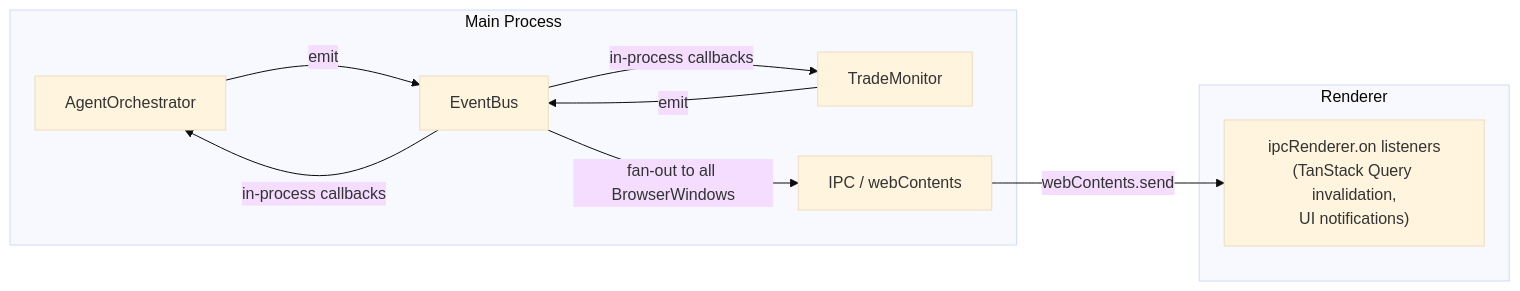
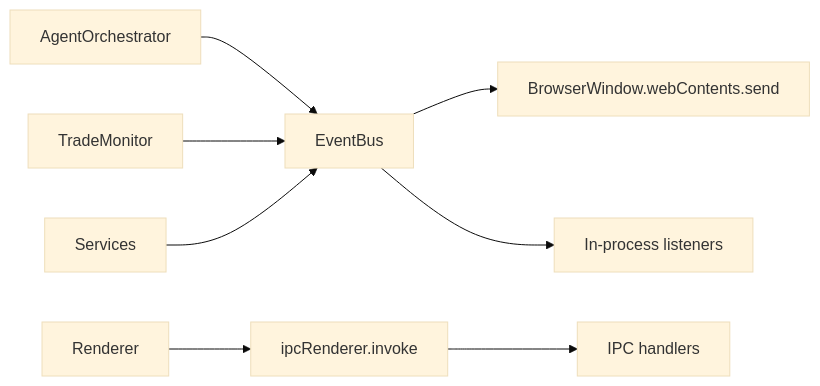
Before and after one commit to KennethAtchon/Exva: diagram 14 of 16 in docs/architecture/ai-runtime.md, drawn with Mermaid (base theme). The commit also changed other lines of this file and 42 other files, not shown here.

````diff
--- a/docs/architecture/ai-runtime.md
+++ b/docs/architecture/ai-runtime.md
@@ -673,19 +543,9 @@
 ```mermaid
 graph LR
-    subgraph Main["Main Process"]
-        AO["AgentOrchestrator"]
-        TM["TradeMonitor"]
-        EB["EventBus"]
-        IPC["IPC / webContents"]
-    end
-    subgraph Renderer["Renderer"]
-        Listeners["ipcRenderer.on listeners\n(TanStack Query invalidation,\nUI notifications)"]
-    end
-
-    AO -->|emit| EB
-    TM -->|emit| EB
-    EB -->|fan-out to all BrowserWindows| IPC
-    IPC -->|webContents.send| Listeners
-    EB -->|in-process callbacks| AO
-    EB -->|in-process callbacks| TM
+    AO["AgentOrchestrator"] --> EB["EventBus"]
+    TM["TradeMonitor"] --> EB
+    Services["Services"] --> EB
+    EB --> Windows["BrowserWindow.webContents.send"]
+    EB --> Listeners["In-process listeners"]
+    Renderer["Renderer"] --> IPC["ipcRenderer.invoke"] --> Handlers["IPC handlers"]
 ```
````
